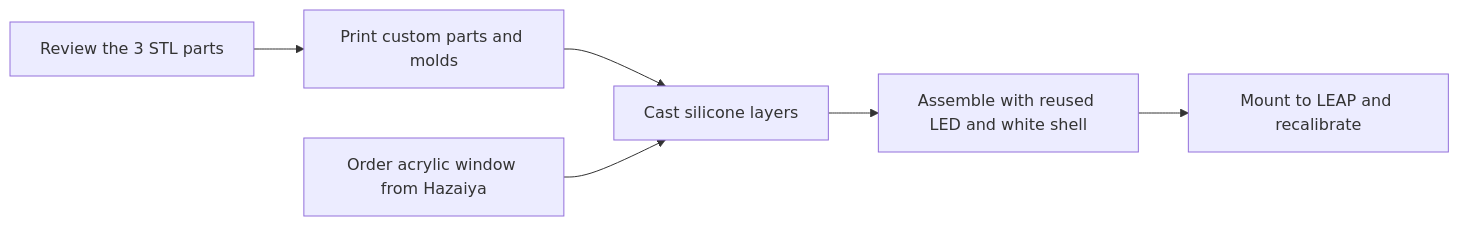
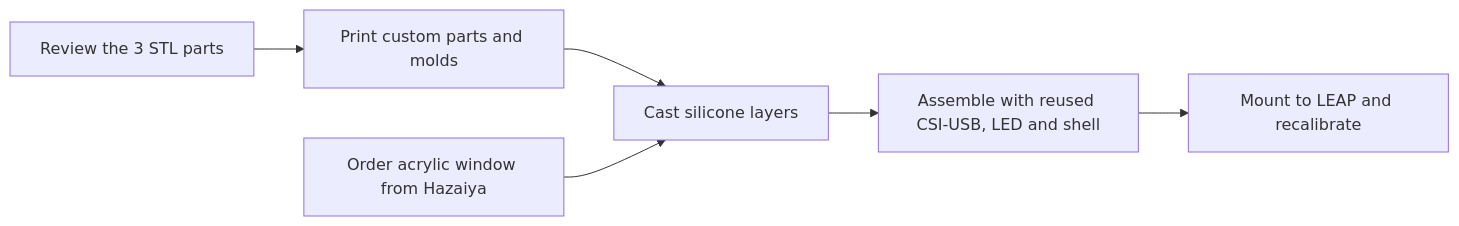
One commit to LAIYANHOU/9DTact-HashimotoLab changed the diagram in README.md. Above: the diagram before and after it, drawn with Mermaid. The commit also changed other lines of this file and 22 other files, not shown here.

````diff
--- a/README.md
+++ b/README.md
@@ -62,8 +63,8 @@
 ```mermaid
 flowchart LR
     A[Review the 3 STL parts] --> B[Print custom parts and molds]
     B --> D[Cast silicone layers]
     C[Order acrylic window from Hazaiya] --> D
-    D --> E[Assemble with reused LED and white shell]
+    D --> E[Assemble with reused CSI-USB, LED and shell]
     E --> F[Mount to LEAP and recalibrate]
 ```
````
